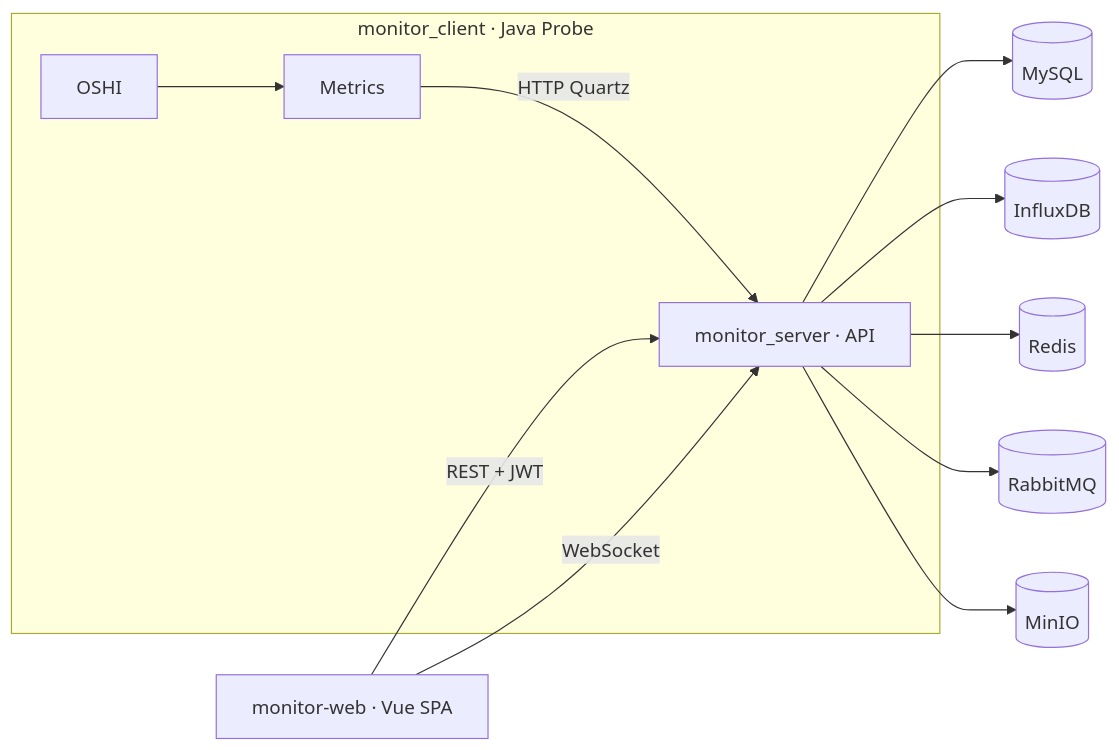
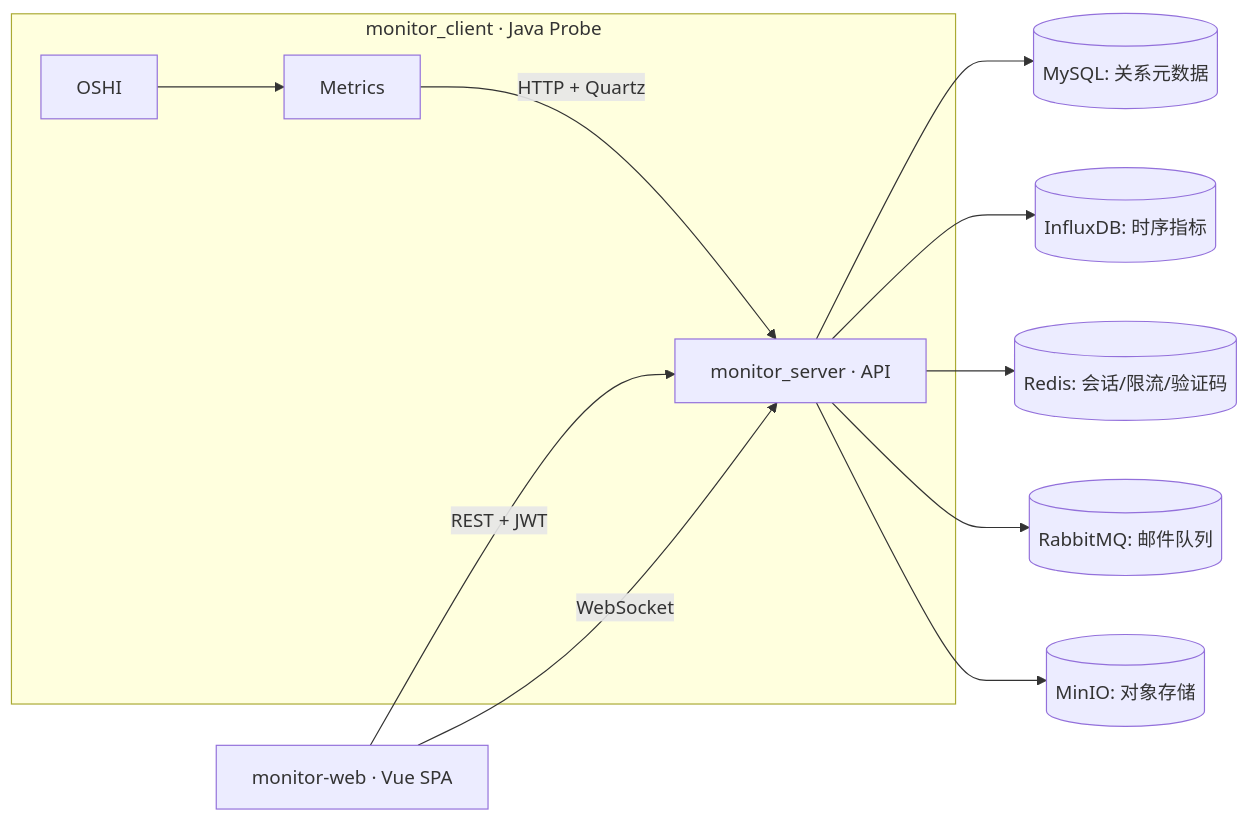
Before and after one commit to Zonglin-He/ServerOperationsMonitoringSystem: the diagram in README.zh-CN.md, drawn with Mermaid. The commit also changed other lines of this file, not shown here.

````diff
--- a/README.zh-CN.md
+++ b/README.zh-CN.md
@@ -20,16 +19,14 @@
 ```mermaid
 flowchart LR
   subgraph Client[monitor_client · Java Probe]
     OSHI --> Metrics
-    Metrics -->|HTTP Quartz| Server[monitor_server · API]
+    Metrics -->|HTTP + Quartz| Server[monitor_server · API]
   end
-
   Web[monitor-web · Vue SPA] -->|REST + JWT| Server
   Web -->|WebSocket| Server
-
-  Server --> MySQL[(MySQL)]
-  Server --> InfluxDB[(InfluxDB)]
-  Server --> Redis[(Redis)]
-  Server --> RabbitMQ[(RabbitMQ)]
-  Server --> MinIO[(MinIO)]
+  Server --> MySQL[(MySQL: 关系元数据)]
+  Server --> InfluxDB[(InfluxDB: 时序指标)]
+  Server --> Redis[(Redis: 会话/限流/验证码)]
+  Server --> RabbitMQ[(RabbitMQ: 邮件队列)]
+  Server --> MinIO[(MinIO: 对象存储)]
 ```
````
